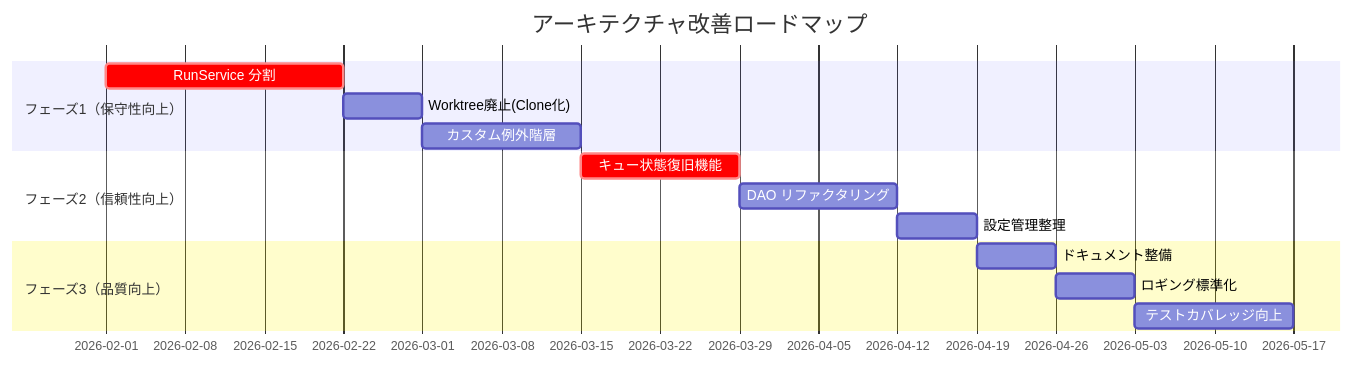
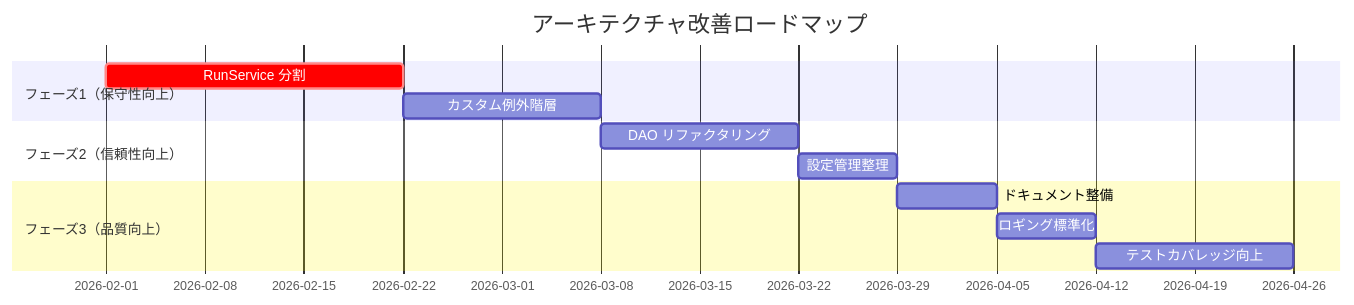
Before and after one commit to hampen2929/zloth: the diagram in docs/architecture-review.md, drawn with Mermaid. The commit also changed other lines of this file, not shown here.

First line of the commit message:
docs/architecture-review.md

````diff
--- a/docs/architecture-review.md
+++ b/docs/architecture-review.md
@@ -235,17 +192,15 @@
 ```mermaid
 gantt
     title アーキテクチャ改善ロードマップ
     dateFormat YYYY-MM
     section フェーズ1（保守性向上）
     RunService 分割       :crit, p1-1, 2026-02, 3w
-    Worktree廃止(Clone化) :p1-2, after p1-1, 1w
-    カスタム例外階層      :p1-3, after p1-2, 2w
+    カスタム例外階層      :p1-2, after p1-1, 2w
     section フェーズ2（信頼性向上）
-    キュー状態復旧機能    :crit, p2-1, after p1-3, 2w
-    DAO リファクタリング  :p2-2, after p2-1, 2w
-    設定管理整理          :p2-3, after p2-2, 1w
+    DAO リファクタリング  :p2-1, after p1-2, 2w
+    設定管理整理          :p2-2, after p2-1, 1w
     section フェーズ3（品質向上）
-    ドキュメント整備      :p3-1, after p2-3, 1w
+    ドキュメント整備      :p3-1, after p2-2, 1w
     ロギング標準化        :p3-2, after p3-1, 1w
     テストカバレッジ向上  :p3-3, after p3-2, 2w
 ```
````
